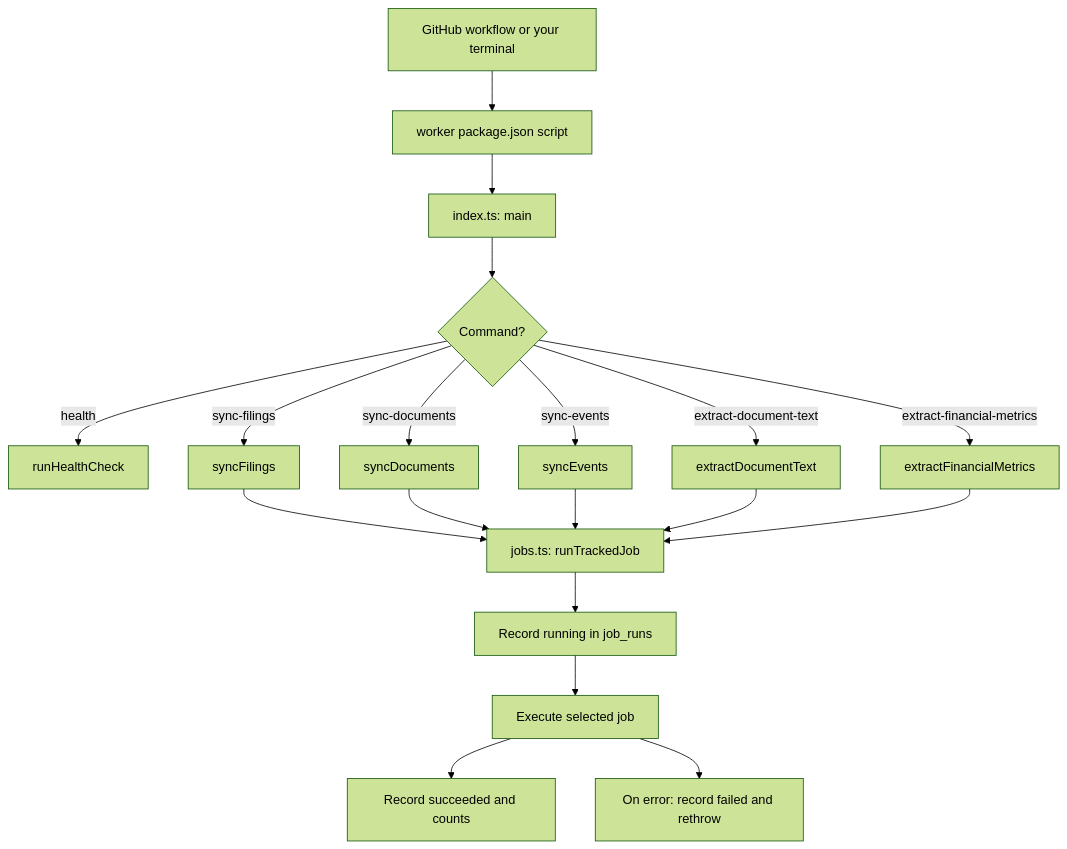
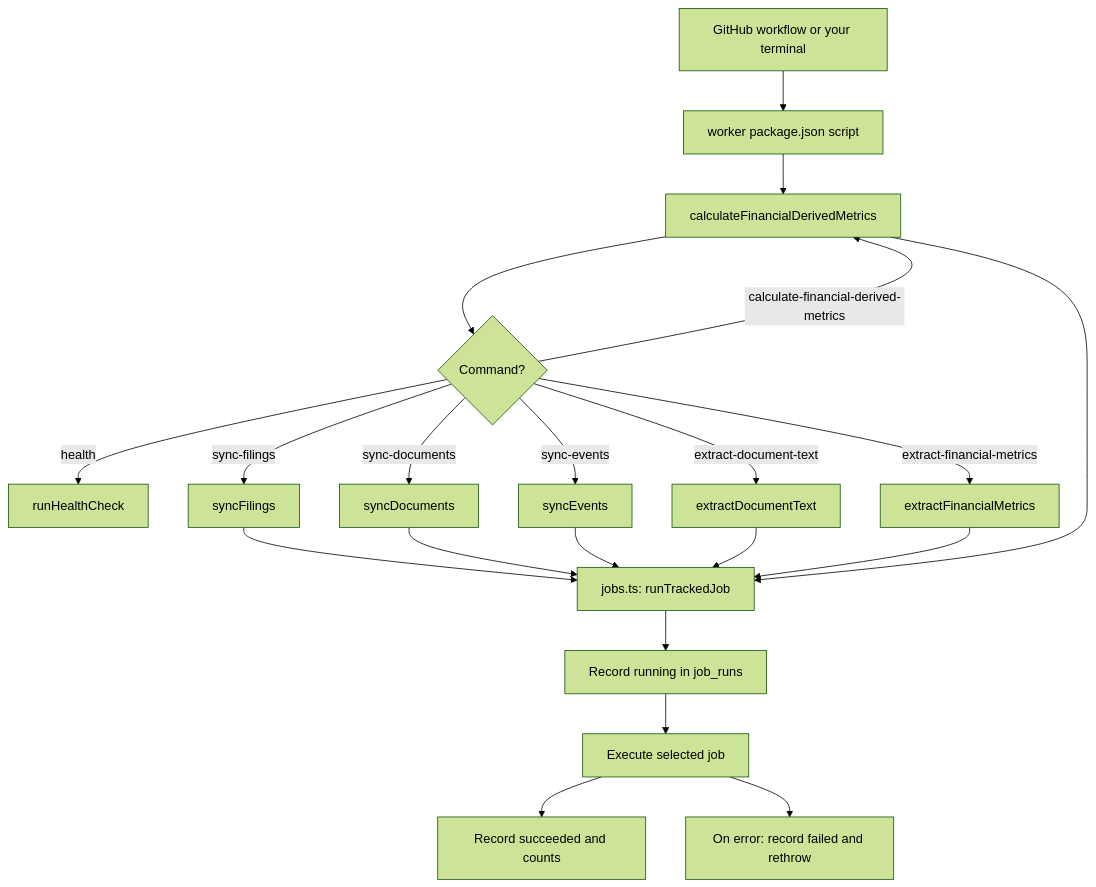
The fourth of 15 diagrams in docs/visual-guide.md (thstamod/chiron-core), drawn with Mermaid (forest theme) before and after one commit. The commit also changed other lines of this file and 11 other files, not shown here.

Commit message:
feat(worker): calculate versioned financial comparisons

````diff
--- a/docs/visual-guide.md
+++ b/docs/visual-guide.md
@@ -96,21 +97,23 @@
 ```mermaid
 flowchart TD
     A[GitHub workflow or your terminal] --> B[worker package.json script]
     B --> C[index.ts: main]
     C --> D{Command?}
     D -->|health| H[runHealthCheck]
     D -->|sync-filings| F[syncFilings]
     D -->|sync-documents| DOC[syncDocuments]
     D -->|sync-events| E[syncEvents]
     D -->|extract-document-text| T[extractDocumentText]
     D -->|extract-financial-metrics| X[extractFinancialMetrics]
+    D -->|calculate-financial-derived-metrics| C[calculateFinancialDerivedMetrics]
     F --> J[jobs.ts: runTrackedJob]
     DOC --> J
     E --> J
     T --> J
     X --> J
+    C --> J
     J --> START[Record running in job_runs]
     START --> EXEC[Execute selected job]
     EXEC --> OK[Record succeeded and counts]
     EXEC --> ERR[On error: record failed and rethrow]
 ```
````
